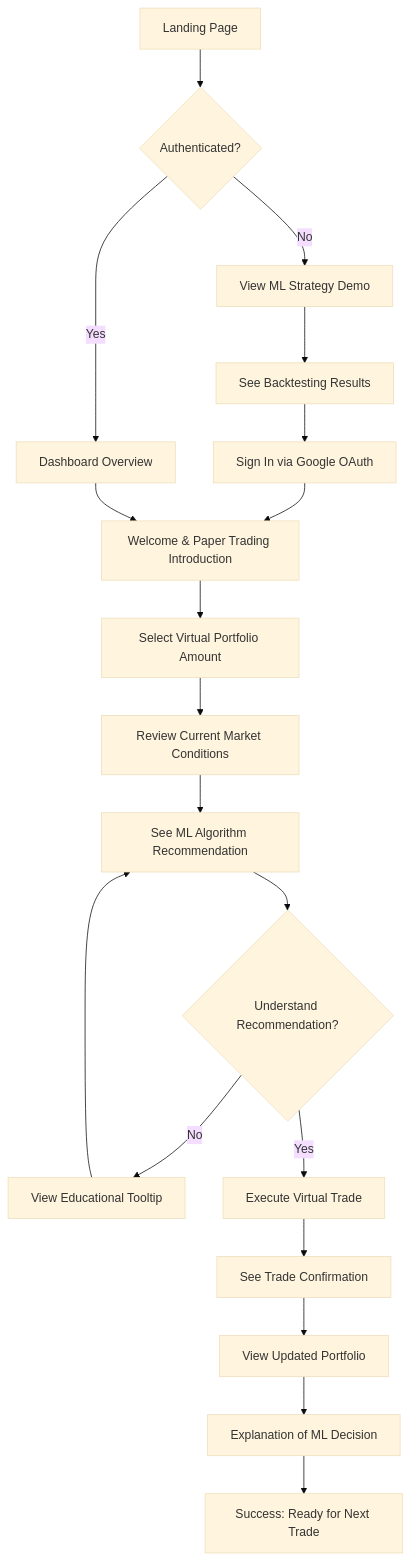
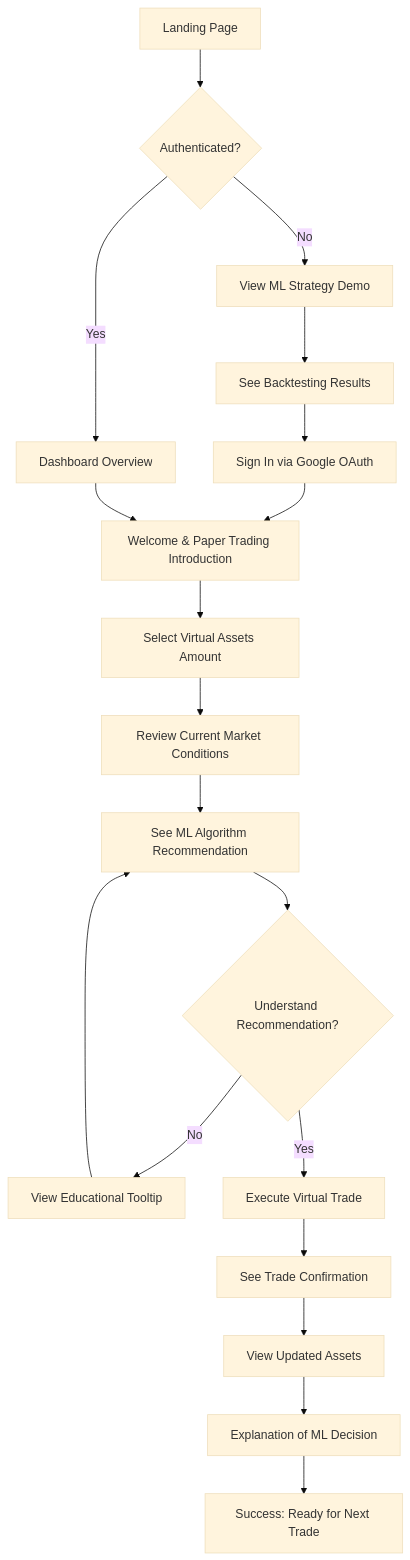
Before and after one commit to alexliao/tiris-portal: the second of 2 diagrams in docs/front-end-spec.md, drawn with Mermaid (base theme). The commit also changed other lines of this file and 16 other files, not shown here.

First line of the commit message:
refactor: rename Portfolio to Assets throughout entire codebase

````diff
--- a/docs/front-end-spec.md
+++ b/docs/front-end-spec.md
@@ -137,25 +137,25 @@
 ```mermaid
 graph TD
     A[Landing Page] --> B{Authenticated?}
     B -->|No| C[View ML Strategy Demo]
     B -->|Yes| D[Dashboard Overview]
     
     C --> E[See Backtesting Results]
     E --> F[Sign In via Google OAuth]
     F --> G[Welcome & Paper Trading Introduction]
-    
+
     D --> G
-    G --> H[Select Virtual Portfolio Amount]
+    G --> H[Select Virtual Assets Amount]
     H --> I[Review Current Market Conditions]
     I --> J[See ML Algorithm Recommendation]
     
     J --> K{Understand Recommendation?}
     K -->|No| L[View Educational Tooltip]
     L --> J
     K -->|Yes| M[Execute Virtual Trade]
-    
+
     M --> N[See Trade Confirmation]
-    N --> O[View Updated Portfolio]
+    N --> O[View Updated Assets]
     O --> P[Explanation of ML Decision]
     P --> Q[Success: Ready for Next Trade]
 ```
````
